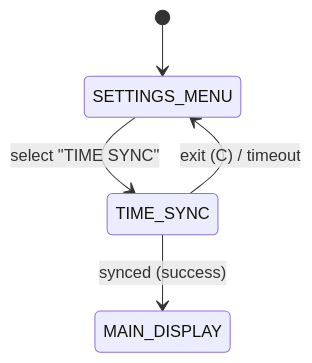
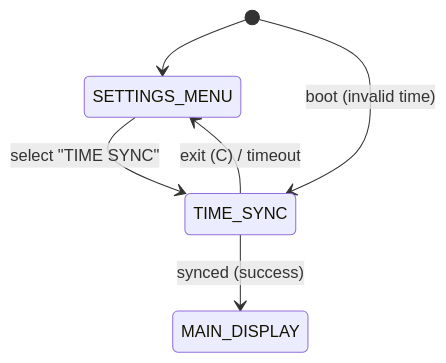
One commit to ycums/Aimatix changed the diagram in doc/design/ui_state_management.md. Above: the diagram before and after it, drawn with Mermaid. The commit also changed other lines of this file and 3 other files, not shown here.

````diff
--- a/doc/design/ui_state_management.md
+++ b/doc/design/ui_state_management.md
@@ -140,7 +143,8 @@
 ```mermaid
 stateDiagram-v2
   [*] --> SETTINGS_MENU
   SETTINGS_MENU --> TIME_SYNC: select "TIME SYNC"
+  [*] --> TIME_SYNC: boot (invalid time)
   TIME_SYNC --> MAIN_DISPLAY: synced (success)
   TIME_SYNC --> SETTINGS_MENU: exit (C) / timeout
 ```
````
